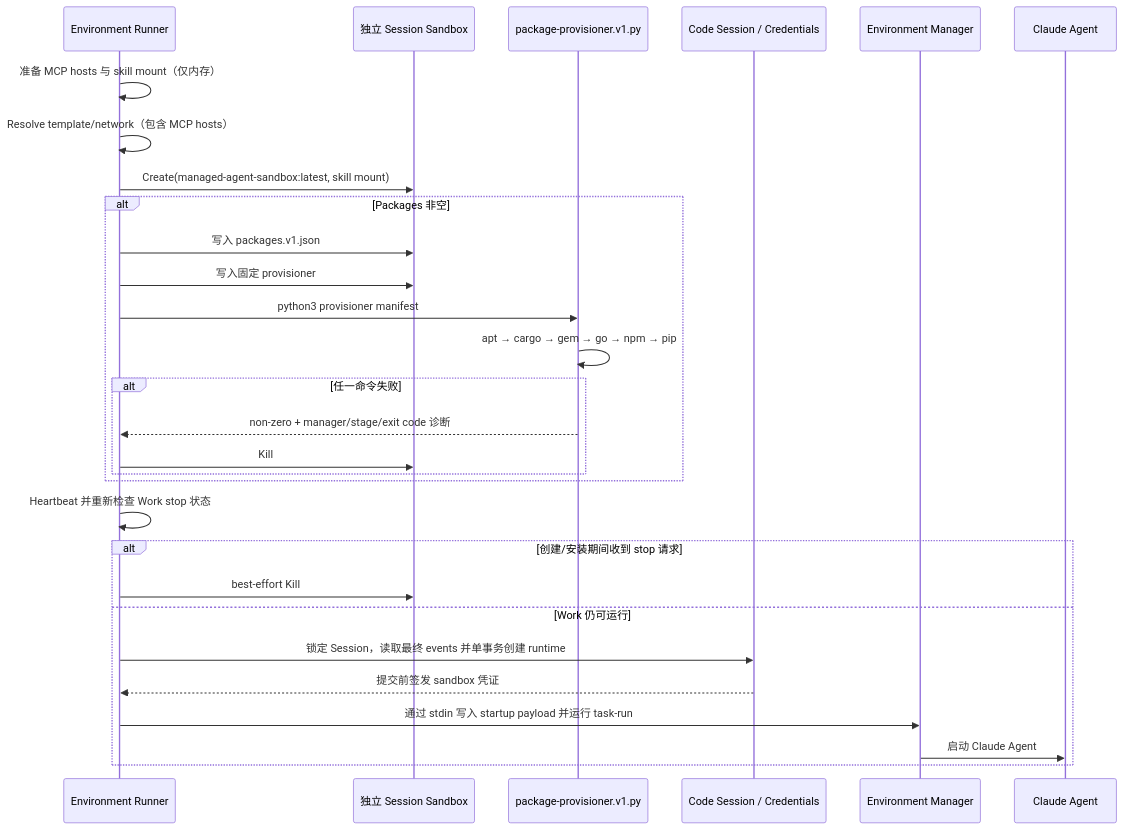
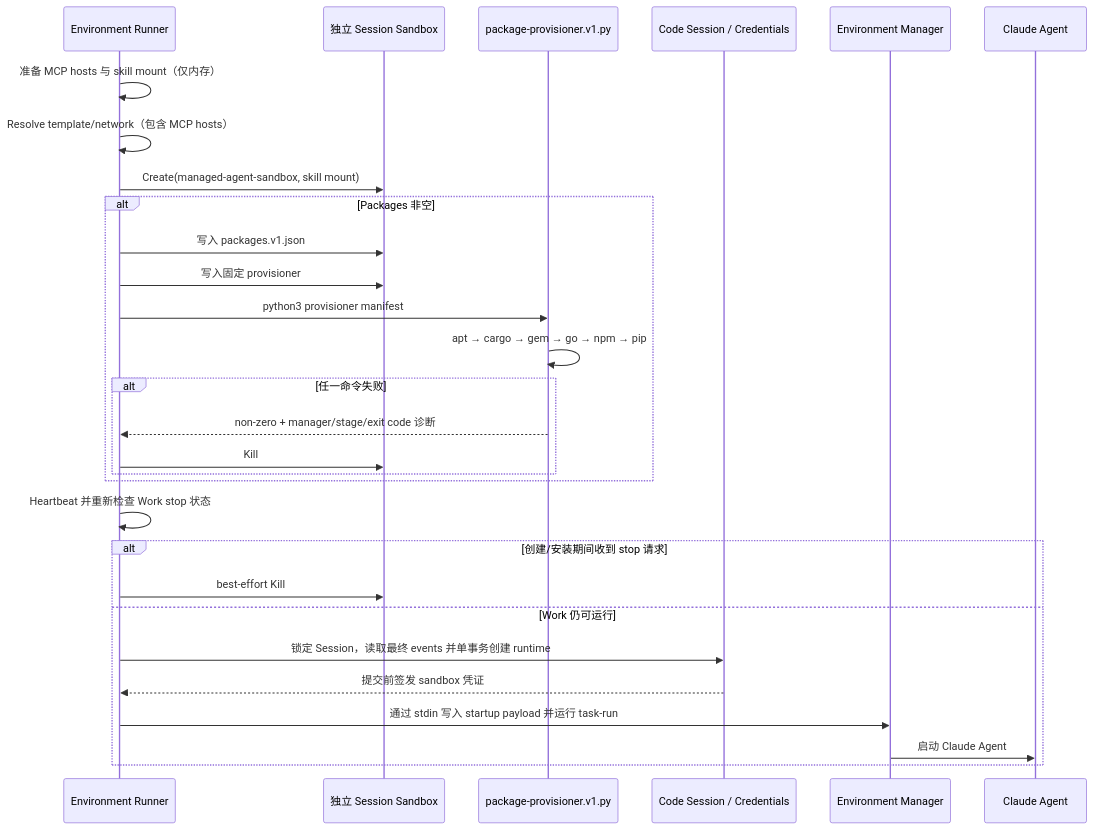
Before and after one commit to superduck-ai/open-managed-agents: the diagram in docs/design/be/environment-package-provisioning.md, drawn with Mermaid. The commit also changed other lines of this file and 7 other files, not shown here.

````diff
--- a/docs/design/be/environment-package-provisioning.md
+++ b/docs/design/be/environment-package-provisioning.md
@@ -17,32 +17,32 @@
 ```mermaid
 sequenceDiagram
     participant Runner as Environment Runner
     participant E2B as 独立 Session Sandbox
     participant Provisioner as package-provisioner.v1.py
     participant CodeSession as Code Session / Credentials
     participant Manager as Environment Manager
     participant Agent as Claude Agent
 
     Runner->>Runner: 准备 MCP hosts 与 skill mount（仅内存）
     Runner->>Runner: Resolve template/network（包含 MCP hosts）
-    Runner->>E2B: Create(managed-agent-sandbox:latest, skill mount)
+    Runner->>E2B: Create(managed-agent-sandbox, skill mount)
     alt Packages 非空
         Runner->>E2B: 写入 packages.v1.json
         Runner->>E2B: 写入固定 provisioner
         Runner->>Provisioner: python3 provisioner manifest
         Provisioner->>Provisioner: apt → cargo → gem → go → npm → pip
         alt 任一命令失败
             Provisioner-->>Runner: non-zero + manager/stage/exit code 诊断
             Runner->>E2B: Kill
         end
     end
     Runner->>Runner: Heartbeat 并重新检查 Work stop 状态
     alt 创建/安装期间收到 stop 请求
         Runner->>E2B: best-effort Kill
     else Work 仍可运行
         Runner->>CodeSession: 锁定 Session，读取最终 events 并单事务创建 runtime
         CodeSession-->>Runner: 提交前签发 sandbox 凭证
         Runner->>Manager: 通过 stdin 写入 startup payload 并运行 task-run
         Manager->>Agent: 启动 Claude Agent
     end
 ```
````
